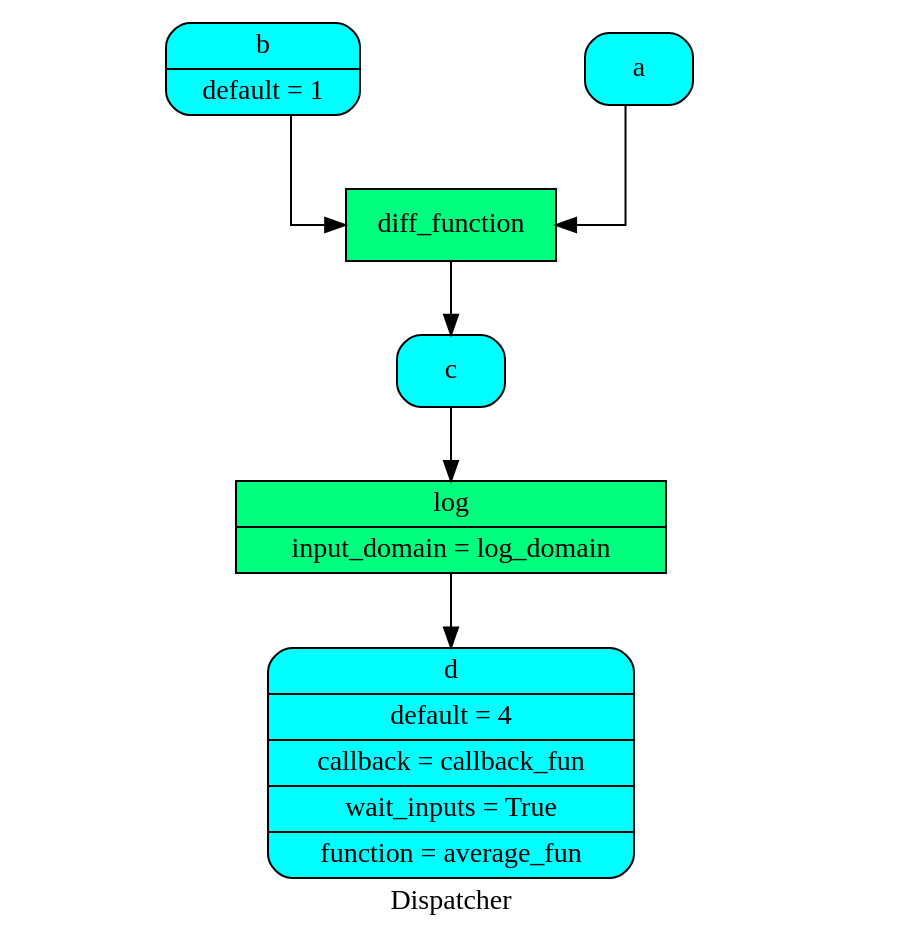
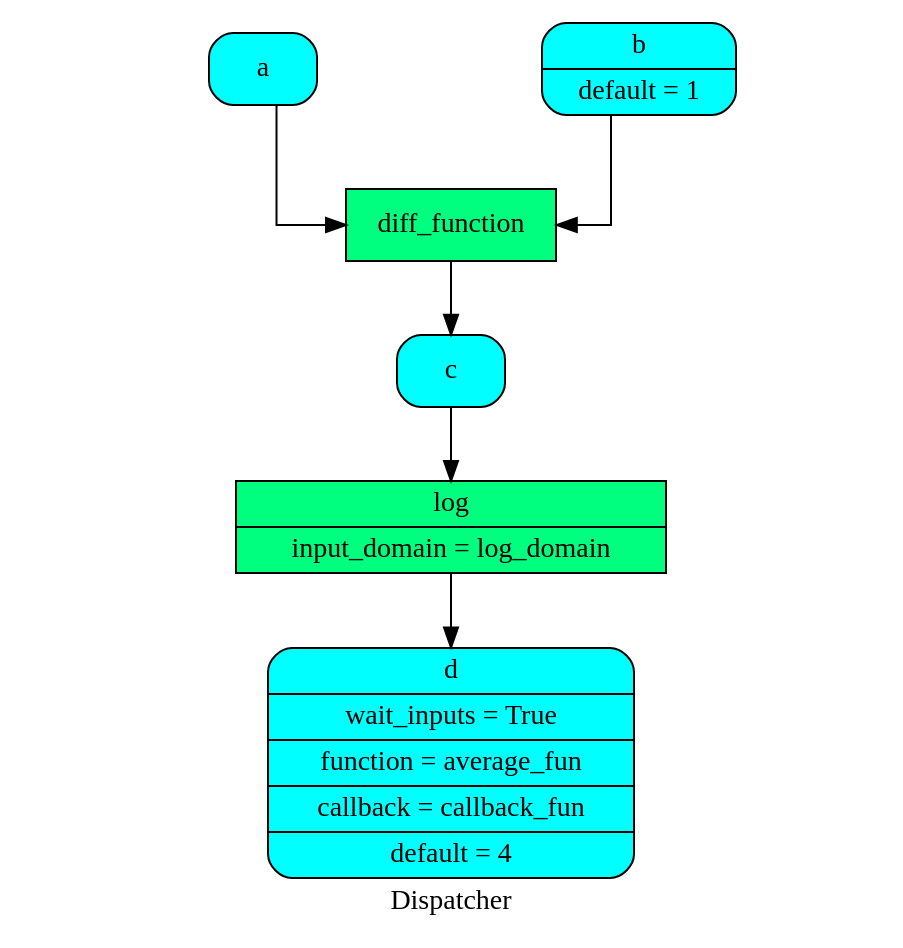
The diagram in doc/source/dispatcher/__init__/Dispatcher/dsp.dot (vinci1it2000/schedula), drawn with Graphviz before and after one commit. The commit also changed 22 other files, not shown here.

```diff
--- a/doc/source/dispatcher/__init__/Dispatcher/dsp.dot
+++ b/doc/source/dispatcher/__init__/Dispatcher/dsp.dot
@@ -1,17 +1,17 @@
 digraph Dispatcher {
 	graph [ratio=1]
 	node [style=filled]
 	splines = ortho
 	label = "Dispatcher"
-		"Dispatcher_-7122603177858460539" [label="{ c  }" fillcolor=cyan shape=Mrecord]
-		Dispatcher_5207486180265155097 [label="{ diff_function  }" fillcolor=springgreen shape=record]
-		"Dispatcher_-5279003028835121650" [label="{ d | default = 4 | callback = callback_fun | wait_inputs = True | function = average_fun }" fillcolor=cyan shape=Mrecord]
-		Dispatcher_5198365931108737741 [label="{ b | default = 1 }" fillcolor=cyan shape=Mrecord]
-		"Dispatcher_-6178207401999343906" [label="{ log | input_domain = log_domain }" fillcolor=springgreen shape=record]
-		"Dispatcher_-8678671152349271859" [label="{ a  }" fillcolor=cyan shape=Mrecord]
-			"Dispatcher_-7122603177858460539" -> "Dispatcher_-6178207401999343906"
-			Dispatcher_5207486180265155097 -> "Dispatcher_-7122603177858460539"
-			Dispatcher_5198365931108737741 -> Dispatcher_5207486180265155097
-			"Dispatcher_-6178207401999343906" -> "Dispatcher_-5279003028835121650"
-			"Dispatcher_-8678671152349271859" -> Dispatcher_5207486180265155097
+		Dispatcher_3972589190614631537 [label="{ log | input_domain = log_domain }" fillcolor=springgreen shape=record]
+		Dispatcher_1248373816960019038 [label="{ d | wait_inputs = True | function = average_fun | callback = callback_fun | default = 4 }" fillcolor=cyan shape=Mrecord]
+		Dispatcher_1161704250910580454 [label="{ c  }" fillcolor=cyan shape=Mrecord]
+		"Dispatcher_-7776202301500148952" [label="{ a  }" fillcolor=cyan shape=Mrecord]
+		Dispatcher_3212931600518739037 [label="{ b | default = 1 }" fillcolor=cyan shape=Mrecord]
+		"Dispatcher_-7590698075780531602" [label="{ diff_function  }" fillcolor=springgreen shape=record]
+			Dispatcher_3972589190614631537 -> Dispatcher_1248373816960019038
+			Dispatcher_1161704250910580454 -> Dispatcher_3972589190614631537
+			"Dispatcher_-7776202301500148952" -> "Dispatcher_-7590698075780531602"
+			Dispatcher_3212931600518739037 -> "Dispatcher_-7590698075780531602"
+			"Dispatcher_-7590698075780531602" -> Dispatcher_1161704250910580454
 }
```
